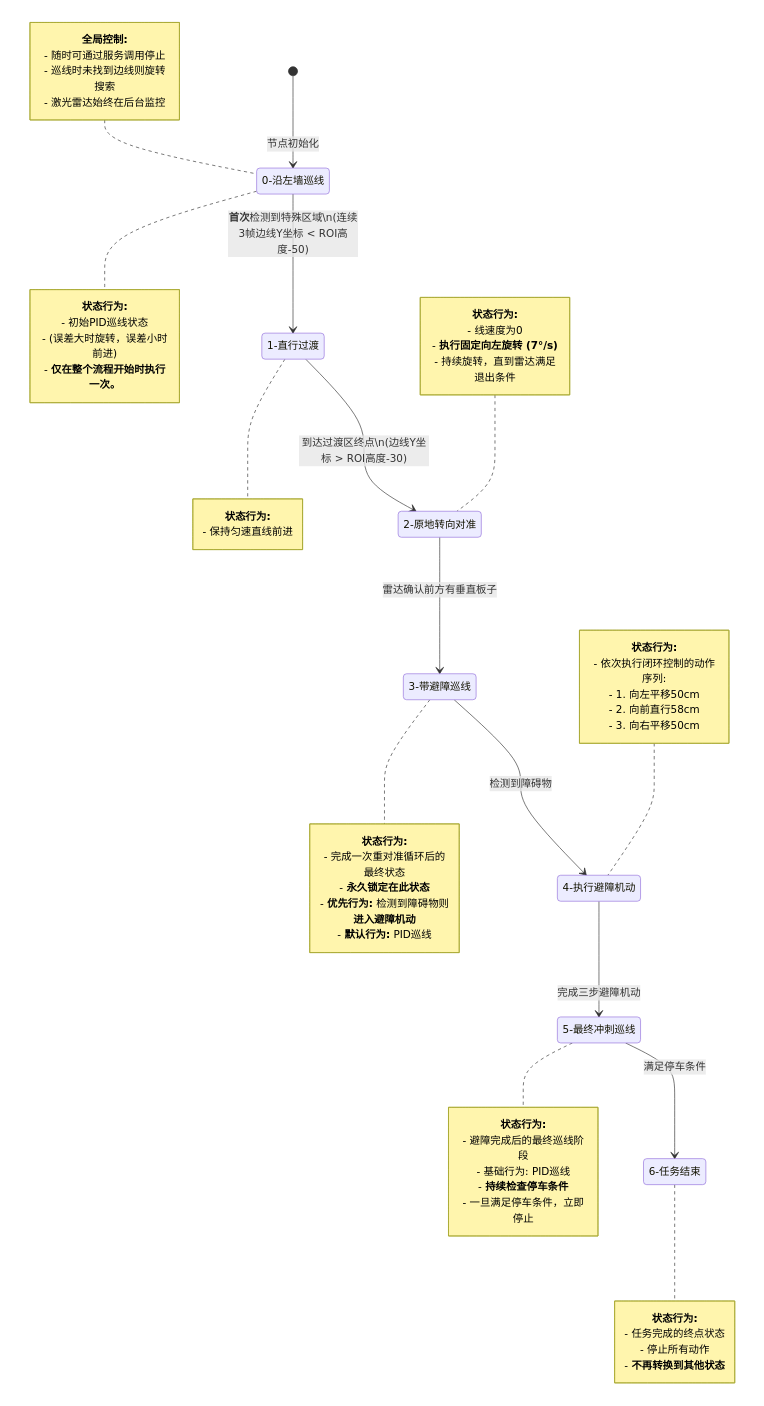
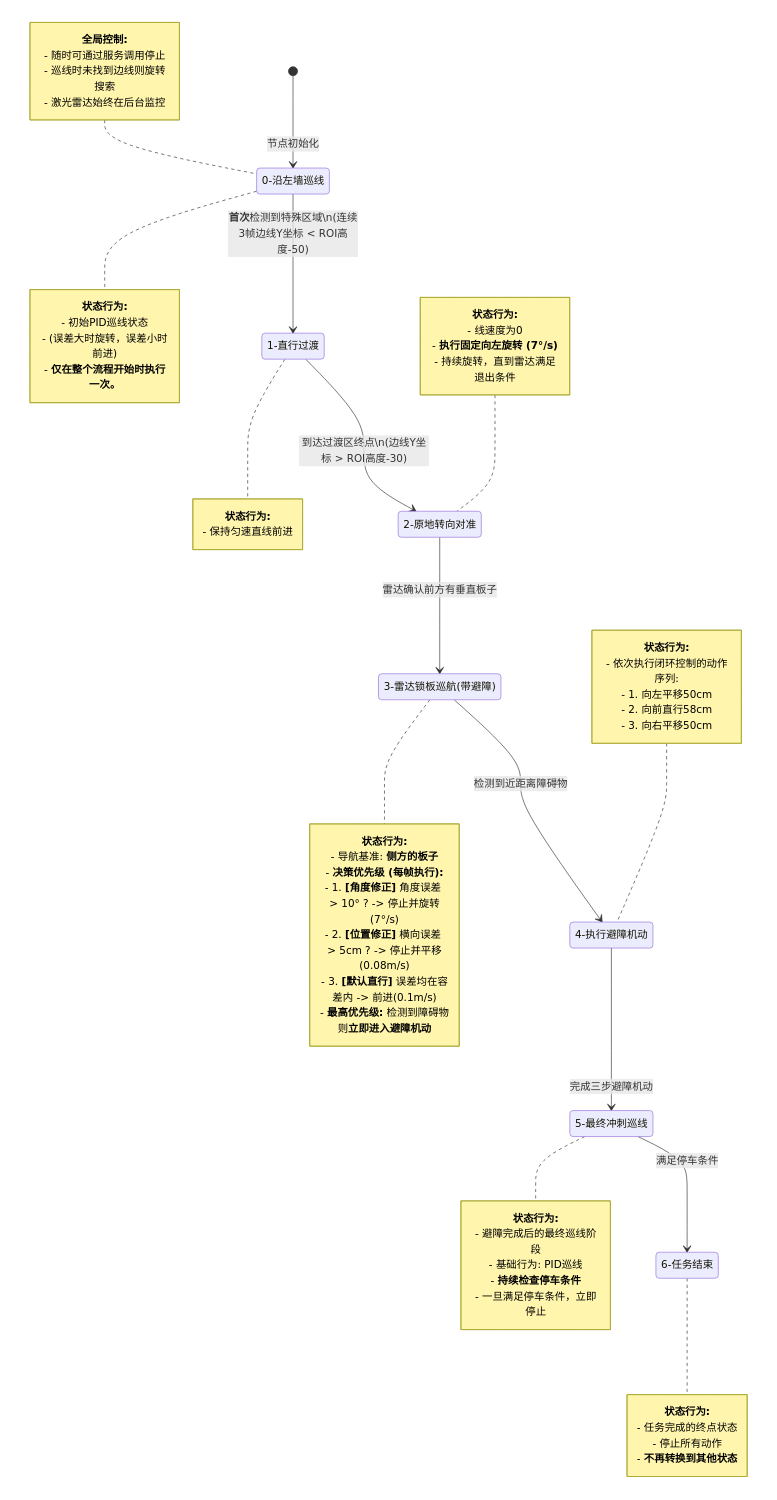
One commit to Abaabaxx/UCAR-FOLLOW-LINE changed the diagram in my_try/八邻域+FTW/mermaid/FTW_left.md. Above: the diagram before and after it, drawn with Mermaid.

Commit message:
避障：更新转向后的逻辑

```diff
--- a/my_try/八邻域+FTW/mermaid/FTW_left.md
+++ b/my_try/八邻域+FTW/mermaid/FTW_left.md
@@ -4,7 +4,7 @@
     FOLLOW_LEFT: 0-沿左墙巡线
     STRAIGHT_TRANSITION: 1-直行过渡
     ROTATE_ALIGNMENT: 2-原地转向对准
-    FOLLOW_LEFT_WITH_AVOIDANCE: 3-带避障巡线
+    LIDAR_CRUISE: 3-雷达锁板巡航(带避障)
     AVOIDANCE_MANEUVER: 4-执行避障机动
     FOLLOW_TO_FINISH: 5-最终冲刺巡线
     FINAL_STOP: 6-任务结束
@@ -15,8 +15,8 @@
     %% 状态转换
     FOLLOW_LEFT --> STRAIGHT_TRANSITION: <b>首次</b>检测到特殊区域\n(连续3帧边线Y坐标 < ROI高度-50)
     STRAIGHT_TRANSITION --> ROTATE_ALIGNMENT: 到达过渡区终点\n(边线Y坐标 > ROI高度-30)
-    ROTATE_ALIGNMENT --> FOLLOW_LEFT_WITH_AVOIDANCE: 雷达确认前方有垂直板子
-    FOLLOW_LEFT_WITH_AVOIDANCE --> AVOIDANCE_MANEUVER: 检测到障碍物
+    ROTATE_ALIGNMENT --> LIDAR_CRUISE: 雷达确认前方有垂直板子
+    LIDAR_CRUISE --> AVOIDANCE_MANEUVER: 检测到近距离障碍物
     AVOIDANCE_MANEUVER --> FOLLOW_TO_FINISH: 完成三步避障机动
     FOLLOW_TO_FINISH --> FINAL_STOP: 满足停车条件
     
@@ -42,13 +42,15 @@
         - 持续旋转，直到雷达满足退出条件
     end note
 
-    %% 带避障巡线状态说明
-    note right of FOLLOW_LEFT_WITH_AVOIDANCE
+    %% 雷达锁板巡航状态说明
+    note right of LIDAR_CRUISE
         <b>状态行为:</b>
-        - 完成一次重对准循环后的最终状态
-        - <b>永久锁定在此状态</b>
-        - <b>优先行为:</b> 检测到障碍物则<b>进入避障机动</b>
-        - <b>默认行为:</b> PID巡线
+        - 导航基准: <b>侧方的板子</b>
+        - <b>决策优先级 (每帧执行):</b>
+        - 1. <b>[角度修正]</b> 角度误差 > 10° ? -> 停止并旋转(7°/s)
+        - 2. <b>[位置修正]</b> 横向误差 > 5cm ? -> 停止并平移(0.08m/s)
+        - 3. <b>[默认直行]</b> 误差均在容差内 -> 前进(0.1m/s)
+        - <b>最高优先级:</b> 检测到障碍物则<b>立即进入避障机动</b>
     end note
 
     %% 执行避障机动状态说明
```
